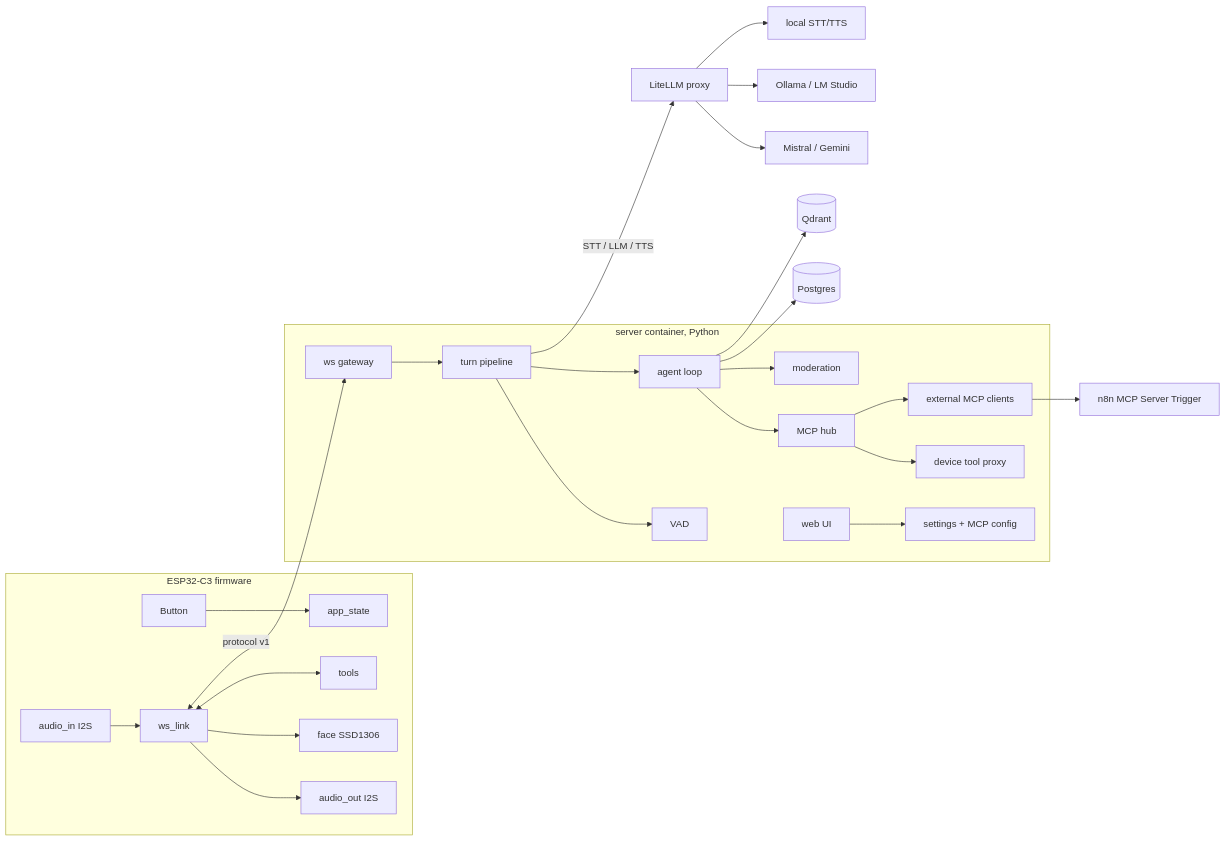
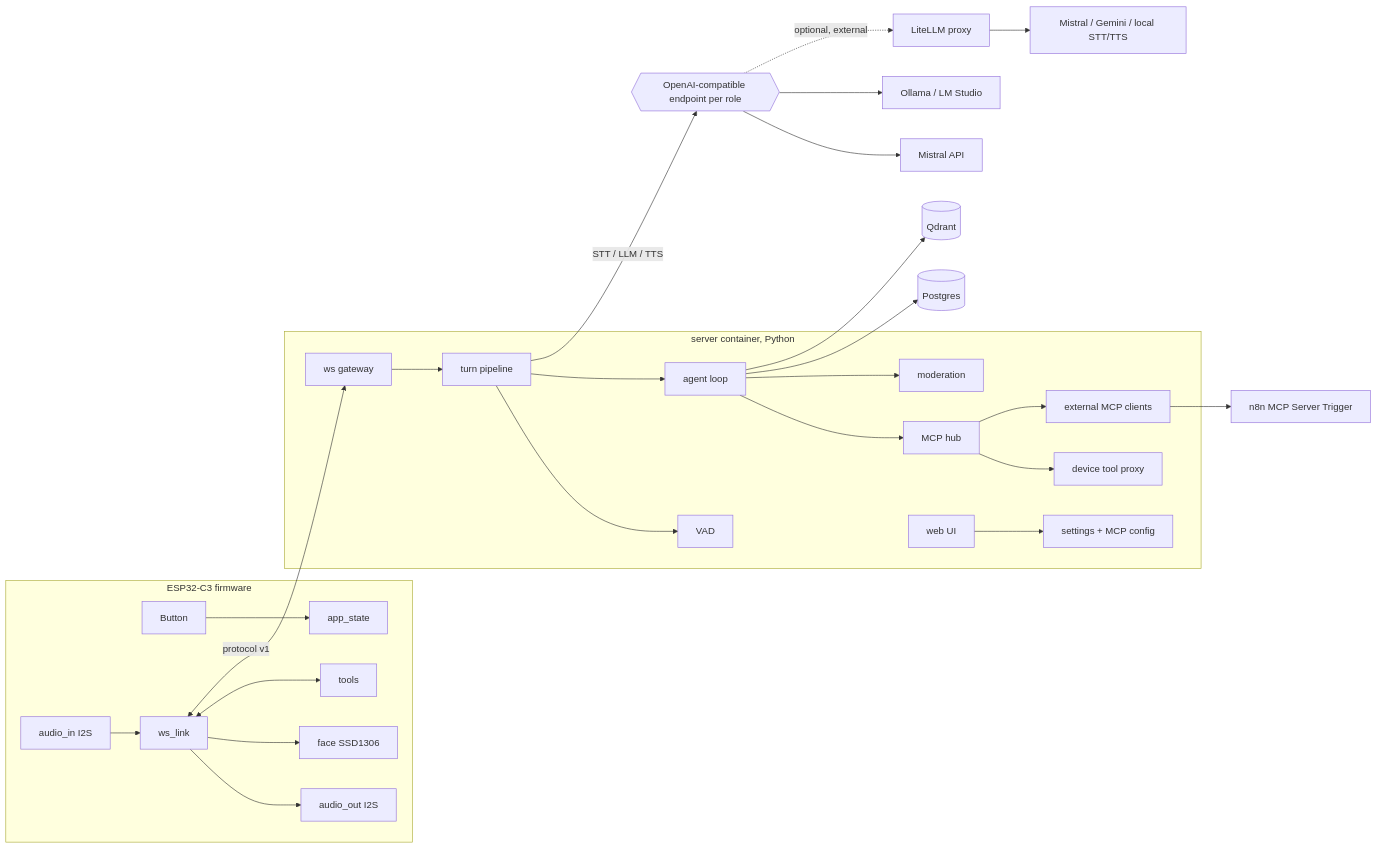
The first of 2 diagrams in docs/architecture.md (Stihotvor/open-thought-ai), drawn with Mermaid before and after one commit. The commit also changed other lines of this file and 8 other files, not shown here.

First line of the commit message:
docs: make LiteLLM external and optional (ADR 0002)

````diff
--- a/docs/architecture.md
+++ b/docs/architecture.md
@@ -4,28 +4,29 @@
 ```mermaid
 flowchart LR
   subgraph Device[ESP32-C3 firmware]
     BTN[Button] --> APP[app_state]
     MIC[audio_in I2S] --> LINK[ws_link]
     LINK --> SPK[audio_out I2S]
     LINK --> FACE[face SSD1306]
     LINK <--> DT[tools]
   end
   subgraph Server[server container, Python]
     GW[ws gateway] --> TURN[turn pipeline]
     TURN --> VAD[VAD]
     TURN --> AG[agent loop]
     AG --> HUB[MCP hub]
     HUB --> DTP[device tool proxy]
     HUB --> EXT[external MCP clients]
     AG --> MOD[moderation]
     UI[web UI] --> CFG[settings + MCP config]
   end
   LINK <-- protocol v1 --> GW
-  TURN -- STT / LLM / TTS --> LLMP[LiteLLM proxy]
-  LLMP --> P1[Mistral / Gemini]
-  LLMP --> P2[Ollama / LM Studio]
-  LLMP --> P3[local STT/TTS]
+  TURN -- STT / LLM / TTS --> EP{{OpenAI-compatible endpoint per role}}
+  EP --> P1[Mistral API]
+  EP --> P2[Ollama / LM Studio]
+  EP -. optional, external .-> LLMP[LiteLLM proxy]
+  LLMP --> P3[Mistral / Gemini / local STT/TTS]
   EXT --> N8N[n8n MCP Server Trigger]
   AG --> PG[(Postgres)]
   AG --> QD[(Qdrant)]
 ```
````
